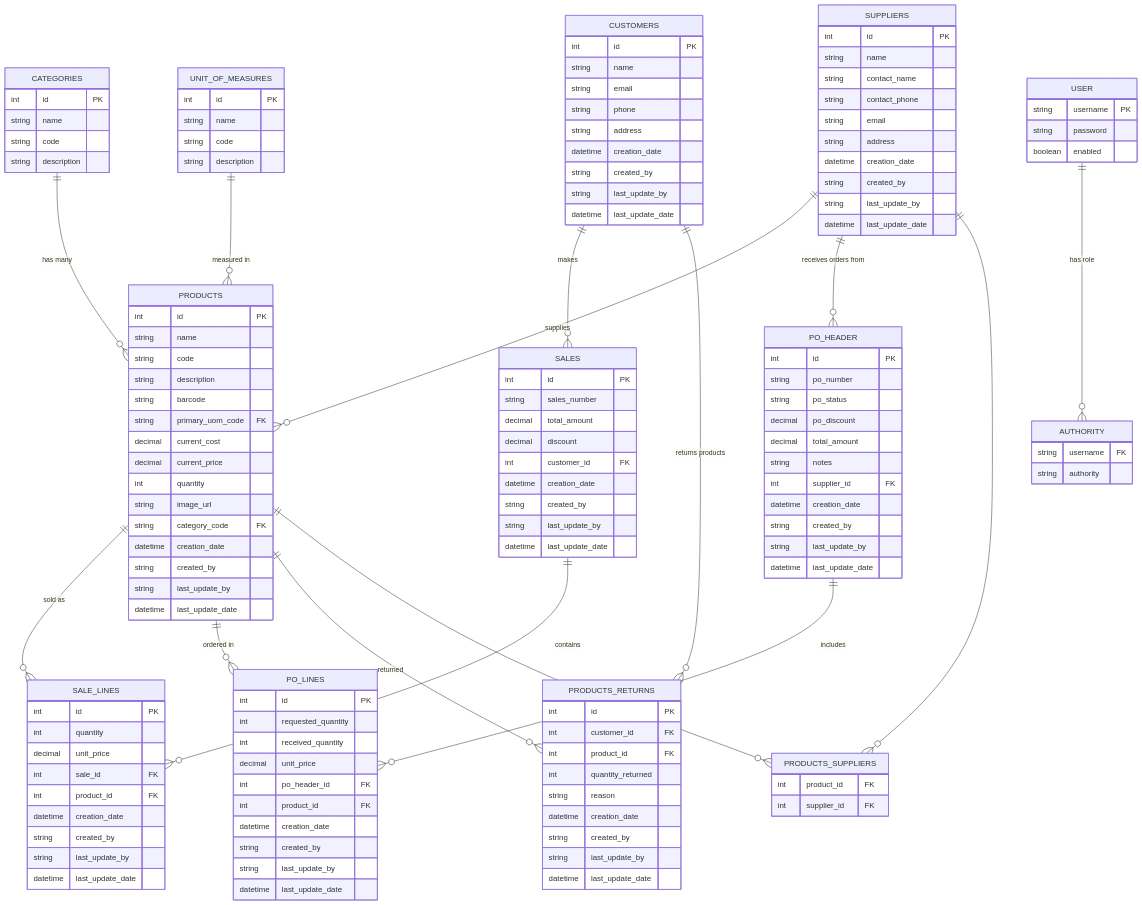
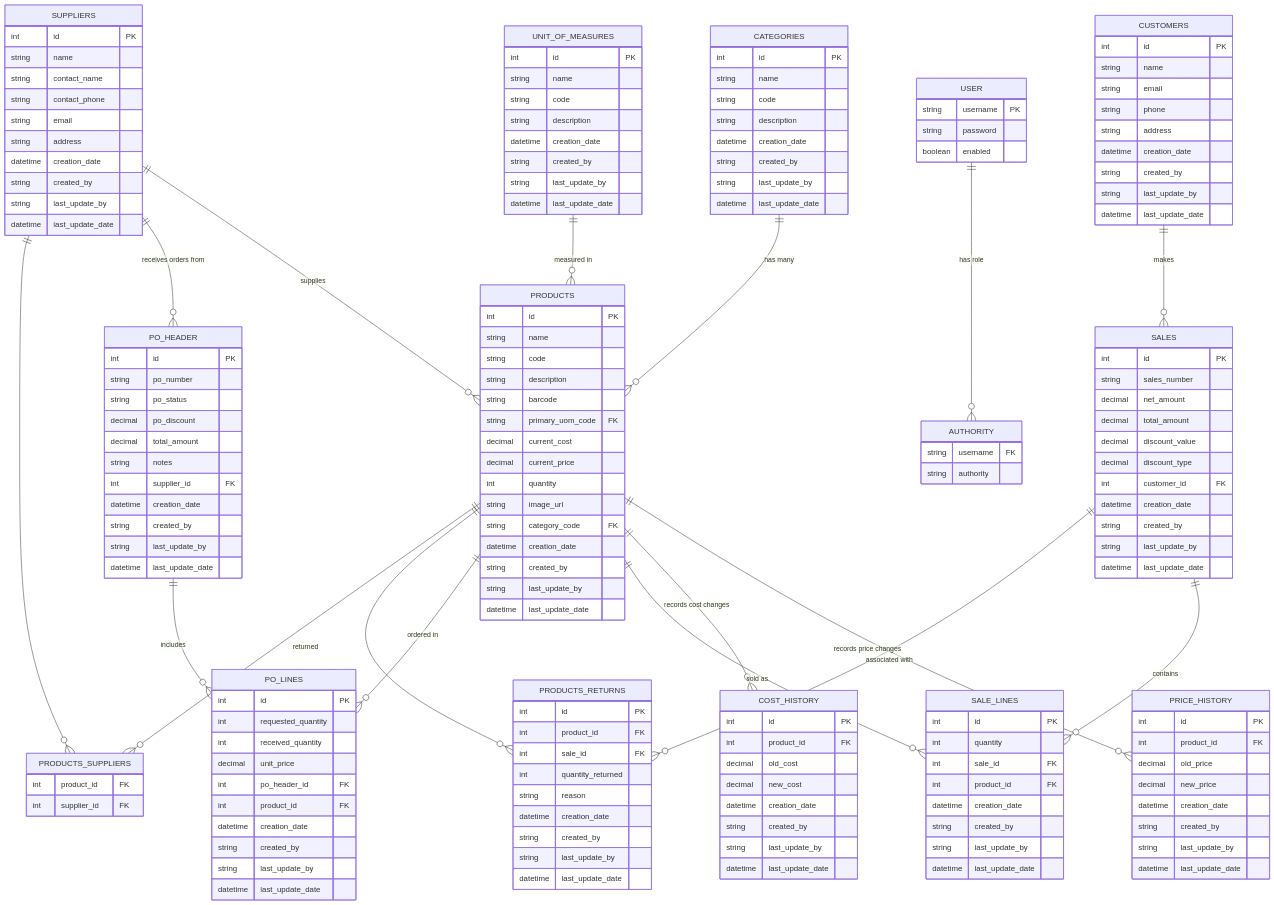
One commit to box-quarrel/Inventario-Backend changed the diagram in diagrams/erd-v1.mermaid. Above: the diagram before and after it, drawn with Mermaid. The commit also changed 39 other files, not shown here.

Commit message:
modified the overall logic for product return, discount on sale, discount on purchase order, and changed the database schema accordingly

```diff
--- a/diagrams/erd-v1.mermaid
+++ b/diagrams/erd-v1.mermaid
@@ -1,151 +1,184 @@
 erDiagram
     PRODUCTS {
         int id PK
         string name
         string code
         string description
         string barcode
         string primary_uom_code FK
         decimal current_cost
         decimal current_price
         int quantity
         string image_url
         string category_code FK
         datetime creation_date
         string created_by
         string last_update_by
         datetime last_update_date
     }
 
+    PRICE_HISTORY {
+        int id PK
+        int product_id FK
+        decimal old_price
+        decimal new_price
+        datetime creation_date
+        string created_by
+        string last_update_by
+        datetime last_update_date
+    }
+
+    COST_HISTORY {
+        int id PK
+        int product_id FK
+        decimal old_cost
+        decimal new_cost
+        datetime creation_date
+        string created_by
+        string last_update_by
+        datetime last_update_date
+    }
+
     CATEGORIES {
         int id PK
         string name
         string code
         string description
+        datetime creation_date
+        string created_by
+        string last_update_by
+        datetime last_update_date
     }
 
     UNIT_OF_MEASURES {
         int id PK
         string name
         string code
         string description
+        datetime creation_date
+        string created_by
+        string last_update_by
+        datetime last_update_date
     }
 
     SALES {
         int id PK
         string sales_number
+        decimal net_amount
         decimal total_amount
-        decimal discount
+        decimal discount_value
+        decimal discount_type
         int customer_id FK
         datetime creation_date
         string created_by
         string last_update_by
         datetime last_update_date
     }
 
     SALE_LINES {
         int id PK
         int quantity
-        decimal unit_price
         int sale_id FK
         int product_id FK
         datetime creation_date
         string created_by
         string last_update_by
         datetime last_update_date
     }
 
     PO_HEADER {
         int id PK
         string po_number
         string po_status
         decimal po_discount
         decimal total_amount
         string notes
         int supplier_id FK
         datetime creation_date
         string created_by
         string last_update_by
         datetime last_update_date
     }
 
     PO_LINES {
         int id PK
         int requested_quantity
         int received_quantity
         decimal unit_price
         int po_header_id FK
         int product_id FK
         datetime creation_date
         string created_by
         string last_update_by
         datetime last_update_date
     }
 
     PRODUCTS_RETURNS {
         int id PK
-        int customer_id FK
         int product_id FK
+        int sale_id FK
         int quantity_returned
         string reason
         datetime creation_date
         string created_by
         string last_update_by
         datetime last_update_date
     }
 
     CUSTOMERS {
         int id PK
         string name
         string email
         string phone
         string address
         datetime creation_date
         string created_by
         string last_update_by
         datetime last_update_date
     }
 
     SUPPLIERS {
         int id PK
         string name
         string contact_name
         string contact_phone
         string email
         string address
         datetime creation_date
         string created_by
         string last_update_by
         datetime last_update_date
     }
 
     PRODUCTS_SUPPLIERS {
         int product_id FK
         int supplier_id FK
     }
 
     USER {
         string username PK
         string password
         boolean enabled
     }
 
     AUTHORITY {
         string username FK
         string authority
     }
 
     CATEGORIES ||--o{ PRODUCTS: "has many"
+    PRODUCTS ||--o{ PRICE_HISTORY: "records price changes"
+    PRODUCTS ||--o{ COST_HISTORY: "records cost changes"
     UNIT_OF_MEASURES ||--o{ PRODUCTS: "measured in"
     PRODUCTS ||--o{ SALE_LINES: "sold as"
     SALES ||--o{ SALE_LINES: "contains"
     CUSTOMERS ||--o{ SALES: "makes"
     SUPPLIERS ||--o{ PRODUCTS: "supplies"
     SUPPLIERS ||--o{ PO_HEADER: "receives orders from"
     PO_HEADER ||--o{ PO_LINES: "includes"
     PRODUCTS ||--o{ PO_LINES: "ordered in"
-    CUSTOMERS ||--o{ PRODUCTS_RETURNS: "returns products"
     PRODUCTS ||--o{ PRODUCTS_RETURNS: "returned"
+    SALES ||--o{ PRODUCTS_RETURNS: "associated with"
     USER ||--o{ AUTHORITY: "has role"
     PRODUCTS ||--o{ PRODUCTS_SUPPLIERS: ""
     SUPPLIERS ||--o{ PRODUCTS_SUPPLIERS: ""
```
